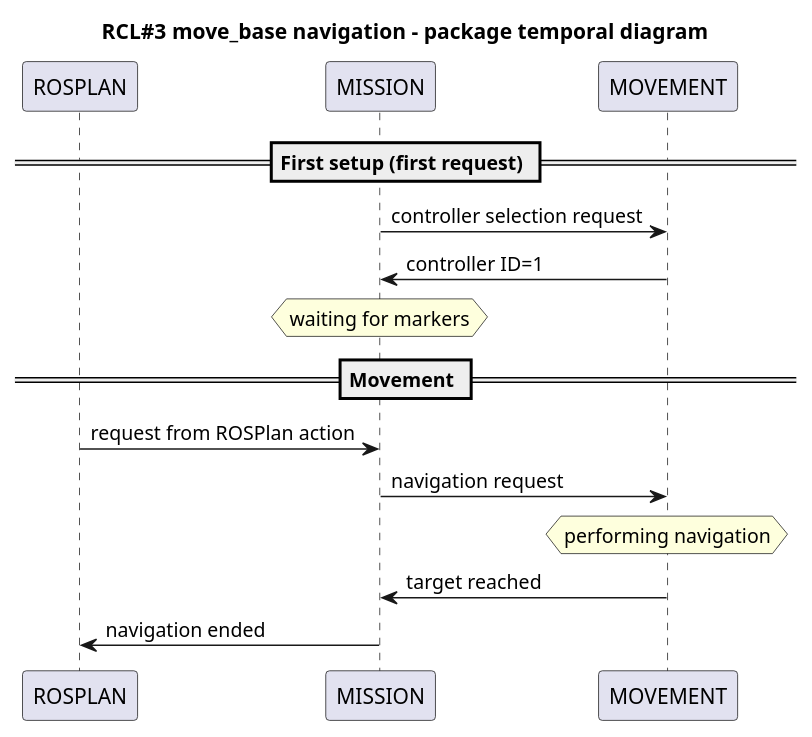
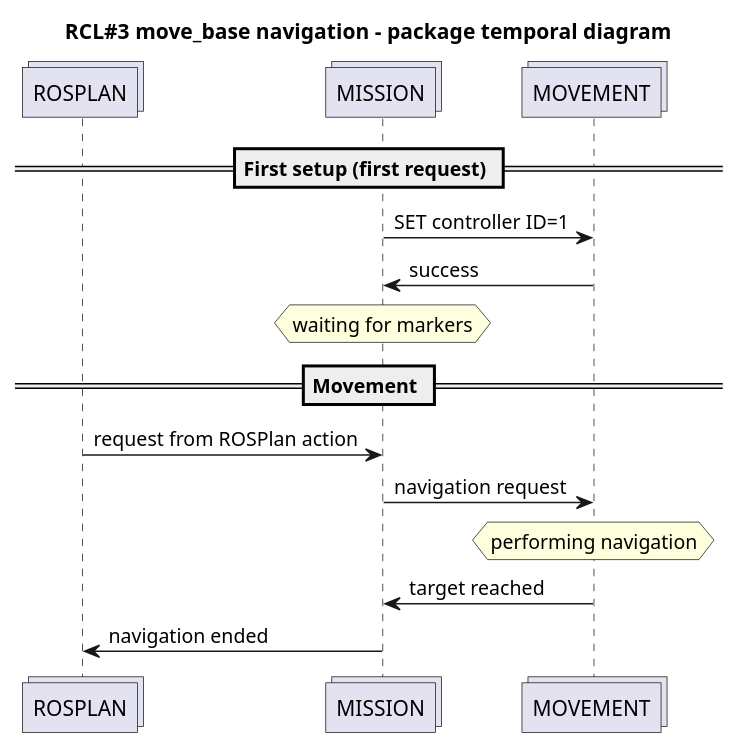
Before and after one commit to programmatoroSeduto/ExperimentalRoboticsLab-Assignment-3: the third of 8 diagrams in README.md, drawn with PlantUML. The commit also changed other lines of this file and 452 other files, not shown here.

Commit message:
documentation (temporal diagrams)

````diff
--- a/README.md
+++ b/README.md
@@ -318,29 +318,29 @@
 ```{uml}
 @startuml
 
 title RCL#3 move_base navigation - package temporal diagram
 
 ''' ENTITIES 
-participant ROSPLAN
-participant MISSION
-participant MOVEMENT
+collections ROSPLAN
+collections MISSION
+collections MOVEMENT
 
 ''' SEQUENCE
 ' == section ==
 ' ...
 == First setup (first request) ==
 
-MISSION -> MOVEMENT : controller selection request
-MISSION <- MOVEMENT : controller ID=1
+MISSION -> MOVEMENT : SET controller ID=1
+MISSION <- MOVEMENT : success
 hnote over MISSION: waiting for markers
 
 == Movement ==
 
 ROSPLAN -> MISSION : request from ROSPlan action
 MISSION -> MOVEMENT : navigation request
 hnote over MOVEMENT : performing navigation
 MISSION <- MOVEMENT : target reached
 ROSPLAN <- MISSION : navigation ended
 
 @enduml
 ```
````
